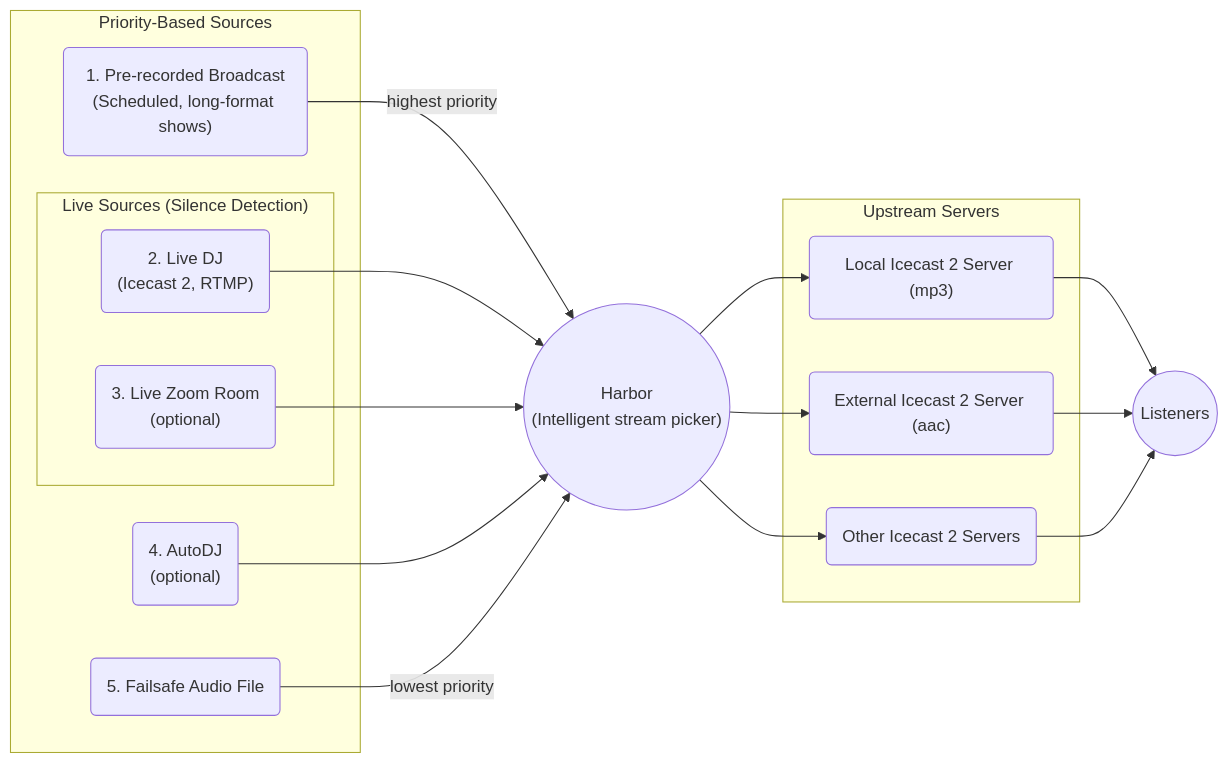
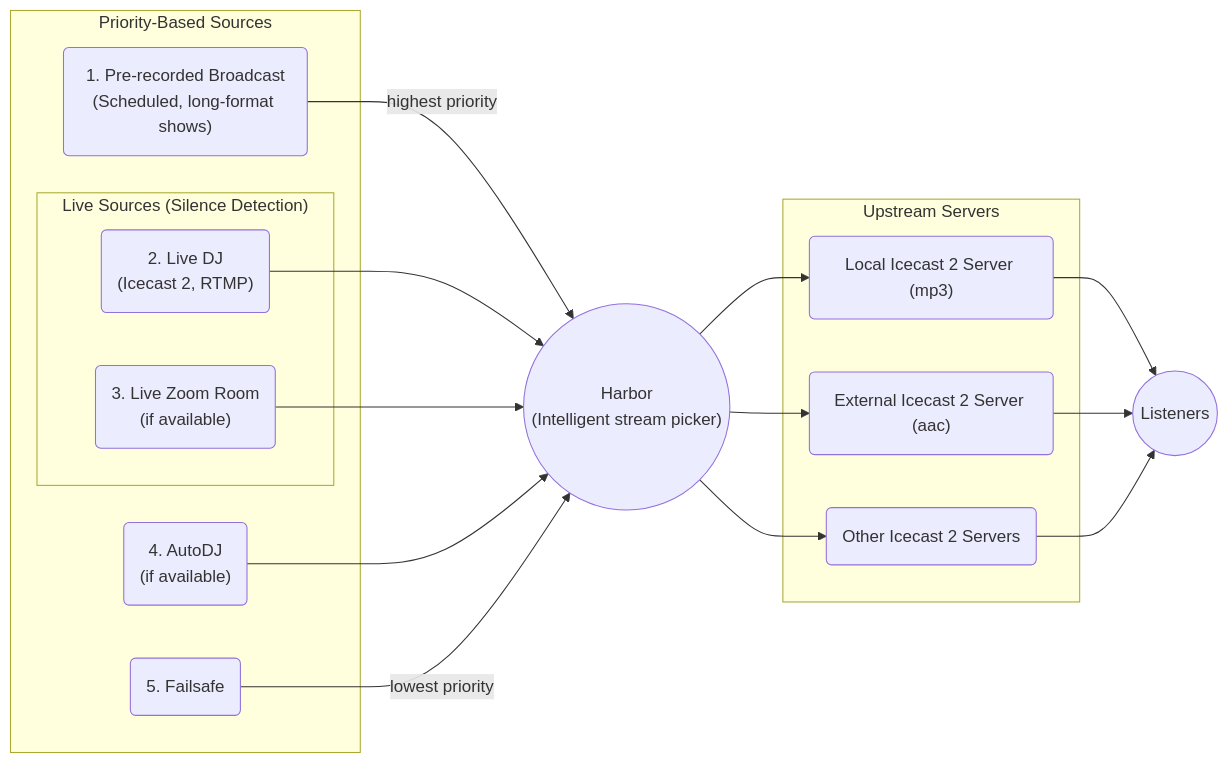
The diagram in docs/index.md (dtcooper/crazyarms), drawn with Mermaid before and after one commit. The commit also changed other lines of this file and 10 other files, not shown here.

````diff
--- a/docs/index.md
+++ b/docs/index.md
@@ -110,36 +115,36 @@
     ```mermaid
     flowchart LR
         subgraph sources ["Priority-Based Sources"]
             prerecord("1. Pre-recorded Broadcast<br>(Scheduled, long-format shows)")
             subgraph live-sources ["Live Sources (Silence Detection)"]
                 dj("2. Live DJ<br>(Icecast 2, RTMP)")
-                zoom("3. Live Zoom Room<br>(optional)")
+                zoom("3. Live Zoom Room<br>(if available)")
             end
-            autodj("4. AutoDJ<br>(optional)")
-            failsafe(5. Failsafe Audio File)
+            autodj("4. AutoDJ<br>(if available)")
+            failsafe(5. Failsafe)
         end
 
         harbor(("Harbor<br>(Intelligent stream picker)"))
 
         prerecord -->|highest priority| harbor
         dj --> harbor
         zoom --> harbor
         autodj --> harbor
         failsafe -->|lowest priority| harbor
 
         subgraph upstreams ["Upstream Servers"]
             icecast1("Local Icecast 2 Server (mp3)")
             icecast2("External Icecast 2 Server (aac)")
             icecastOthers("Other Icecast 2 Servers")
         end
 
         harbor --> icecast1
         harbor --> icecast2
         harbor --> icecastOthers
 
         listeners(("Listeners"))
 
         icecast1 --> listeners
         icecast2 --> listeners
         icecastOthers --> listeners
     ```
````
